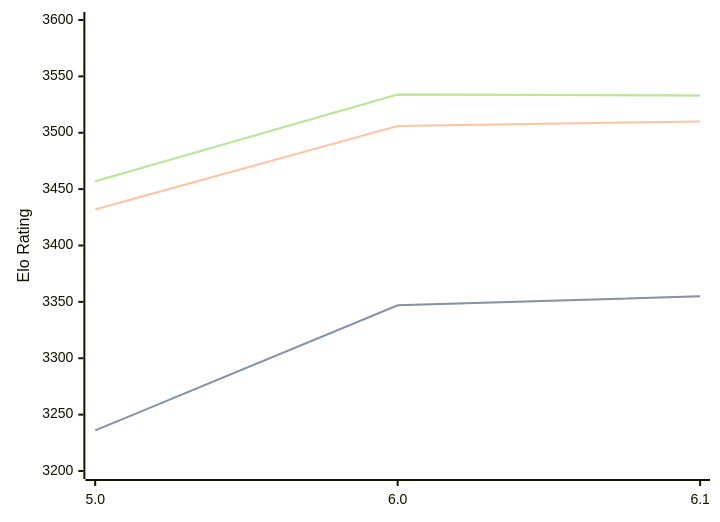
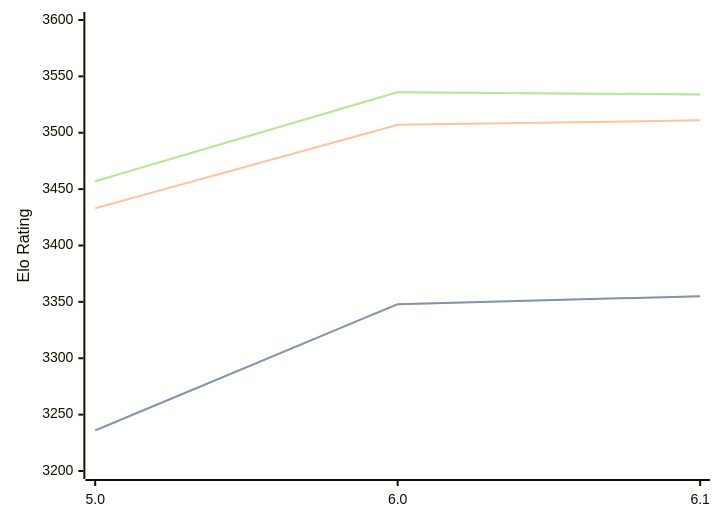
One commit to computer-chess-index/cci changed the diagram in engines/Starzix.md. Above: the diagram before and after it, drawn with Mermaid. The commit also changed other lines of this file, not shown here.

Commit message:
Update CCI Ratings (ELO VLTC) - 2026-03-28

````diff
--- a/engines/Starzix.md
+++ b/engines/Starzix.md
@@ -37,11 +37,11 @@
 ```mermaid
 %%{init: {"theme":"base","themeVariables":{"seriesColors:['#a3a3a3','#222221','#faa371']}}}%%
 xychart-beta
   x-axis ["5.0", "6.0", "6.1"]
   y-axis "Elo Rating" 3200 --> 3600
-  line "STC (8.0+0.08s)" [3236, 3347, 3355]
-  line "STC (8.0+0.08s)" [3236, 3347, 3355]
-  line "LTC (60.0+0.60s)" [3432, 3506, 3510]
-  line "VLTC (2m24s+1.12s)" [3457, 3534, 3533]
-  line "VLTC (2m24s+1.12s)" [3457, 3534, 3533]
+  line "STC (8.0+0.08s)" [3236, 3348, 3355]
+  line "STC (8.0+0.08s)" [3236, 3348, 3355]
+  line "LTC (60.0+0.60s)" [3433, 3507, 3511]
+  line "VLTC (2m24s+1.12s)" [3457, 3536, 3534]
+  line "VLTC (2m24s+1.12s)" [3457, 3536, 3534]
 ```
````
